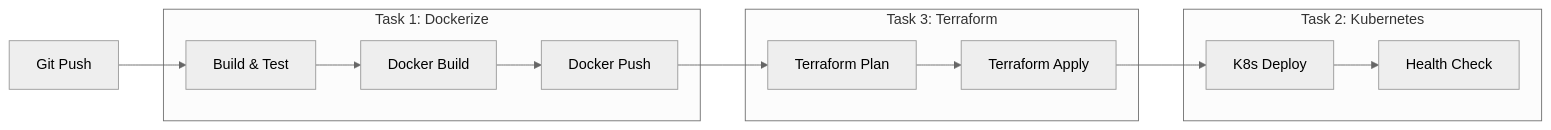
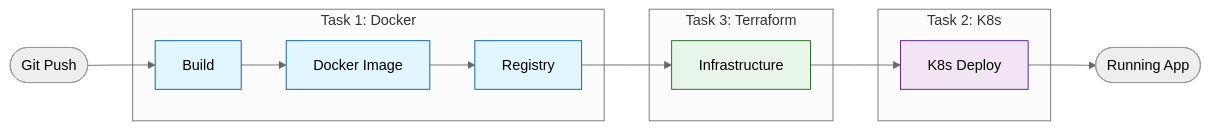
Before and after one commit to tbernacchi/take-home-assignment-main: the diagram in README.md, drawn with Mermaid (neutral theme). The commit also changed other lines of this file, not shown here.

````diff
--- a/README.md
+++ b/README.md
@@ -50,26 +50,31 @@
 ```mermaid
-graph LR
-    A["Git Push"] --> B["Build & Test"]
-    B --> C["Docker Build"]
-    C --> D["Docker Push"]
-    D --> E["Terraform Plan"]
-    E --> F["Terraform Apply"]
-    F --> G["K8s Deploy"]
-    G --> H["Health Check"]
+flowchart LR
+    classDef task1 fill:#e1f5fe,stroke:#01579b
+    classDef task2 fill:#f3e5f5,stroke:#4a148c
+    classDef task3 fill:#e8f5e9,stroke:#1b5e20
 
-    subgraph "Task 1: Dockerize"
-    B
-    C
-    D
+    A([Git Push]) --> B[Build]
+    B --> C[Docker Image]
+    C --> D[Registry]
+    D --> E[Infrastructure]
+    E --> F[K8s Deploy]
+    F --> G([Running App])
+
+    subgraph Task1 [Task 1: Docker]
+        B
+        C
+        D
     end
 
-    subgraph "Task 3: Terraform"
-    E
-    F
+    subgraph Task3 [Task 3: Terraform]
+        E
     end
 
-    subgraph "Task 2: Kubernetes"
-    G
-    H
+    subgraph Task2 [Task 2: K8s]
+        F
     end
+
+    class B,C,D task1
+    class E task3
+    class F task2
 ```
````
